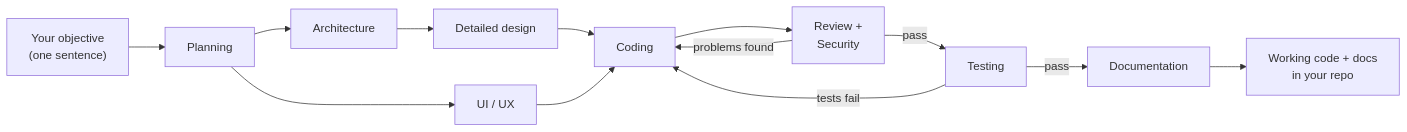
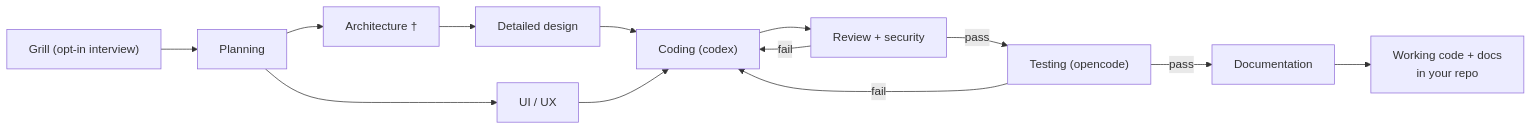
The first of 3 diagrams in README.md (vankhangfet/orca-sdlc-kit), drawn with Mermaid before and after one commit. The commit also changed other lines of this file, not shown here.

First line of the commit message:
docs: illustrate The pipelines with Mermaid flowcharts instead of arrow text

````diff
--- a/README.md
+++ b/README.md
@@ -55,15 +158,15 @@
 ```mermaid
 flowchart LR
-    I["Your objective<br/>(one sentence)"] --> P[Planning]
-    P --> A[Architecture]
+    G["Grill (opt-in interview)"] --> P[Planning]
+    P --> A["Architecture †"]
     A --> D[Detailed design]
     P --> U[UI / UX]
-    D --> C[Coding]
+    D --> C["Coding (codex)"]
     U --> C
-    C --> R[Review +<br/>Security]
-    R -- "problems found" --> C
-    R -- pass --> T[Testing]
-    T -- "tests fail" --> C
+    C --> R["Review + security"]
+    R -- fail --> C
+    R -- pass --> T["Testing (opencode)"]
+    T -- fail --> C
     T -- pass --> W[Documentation]
     W --> O["Working code + docs<br/>in your repo"]
 ```
````
